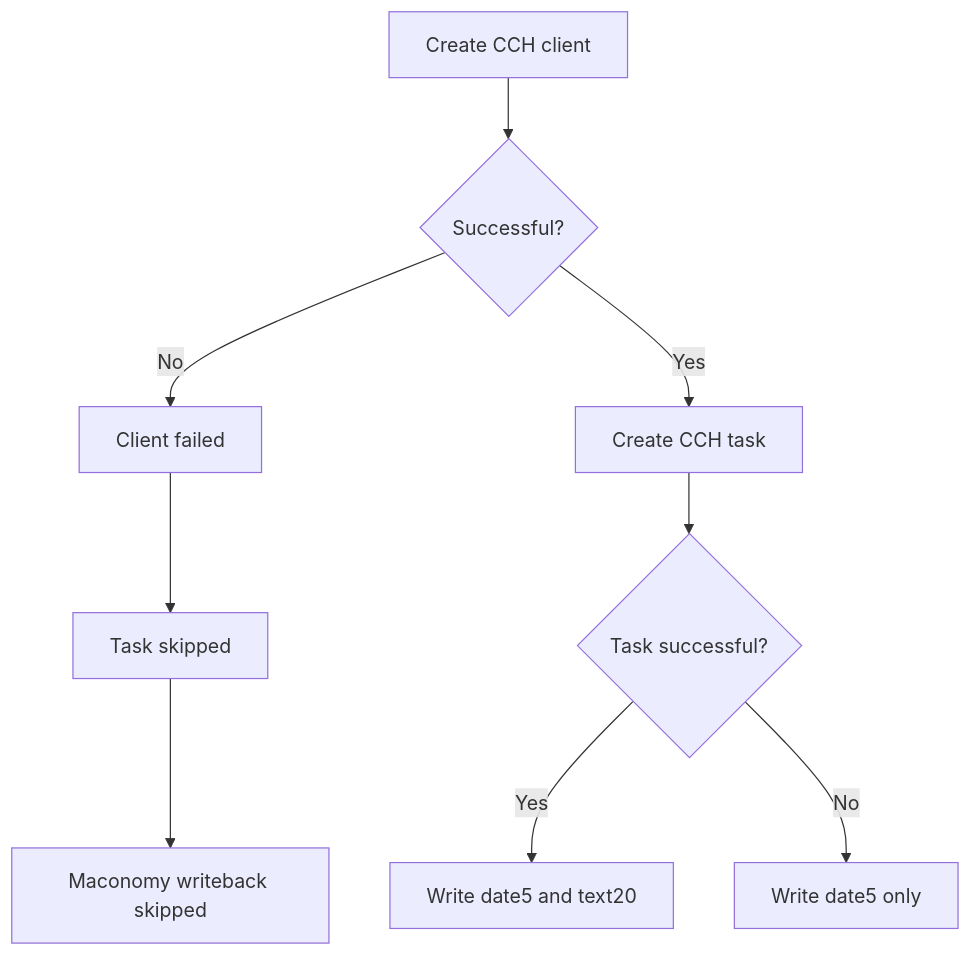
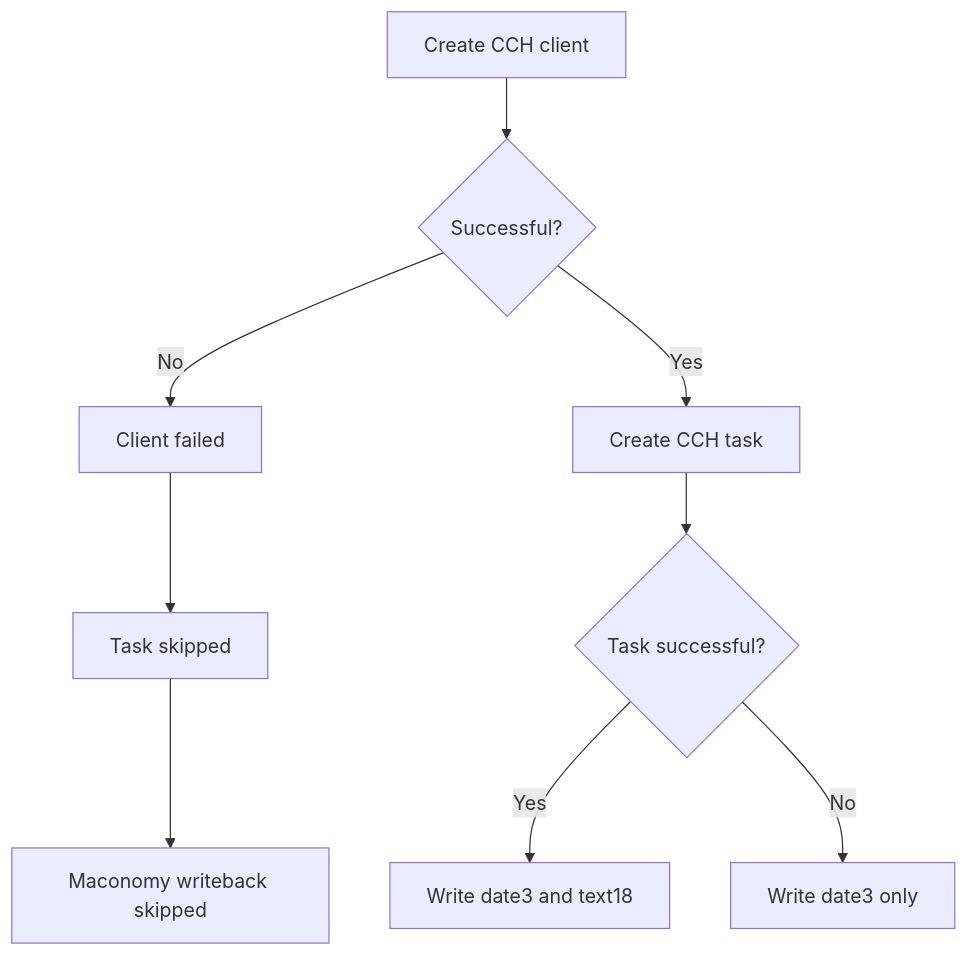
The fourth of 5 diagrams in backend/app/features/xcm_cch_client_scoped_integration/README.md (VskySolutions/THF_Integration-), drawn with Mermaid before and after one commit. The commit also changed other lines of this file and 7 other files, not shown here.

Commit message:
feat: update Maconomy integration to use date3 and text18 fields for writeback

````diff
--- a/backend/app/features/xcm_cch_client_scoped_integration/README.md
+++ b/backend/app/features/xcm_cch_client_scoped_integration/README.md
@@ -268,11 +268,11 @@
 ```mermaid
 flowchart TD
     A[Create CCH client] --> B{Successful?}
     B -- No --> C[Client failed]
     C --> D[Task skipped]
     D --> E[Maconomy writeback skipped]
     B -- Yes --> F[Create CCH task]
     F --> G{Task successful?}
-    G -- Yes --> H[Write date5 and text20]
-    G -- No --> I[Write date5 only]
+    G -- Yes --> H[Write date3 and text18]
+    G -- No --> I[Write date3 only]
 ```
````
